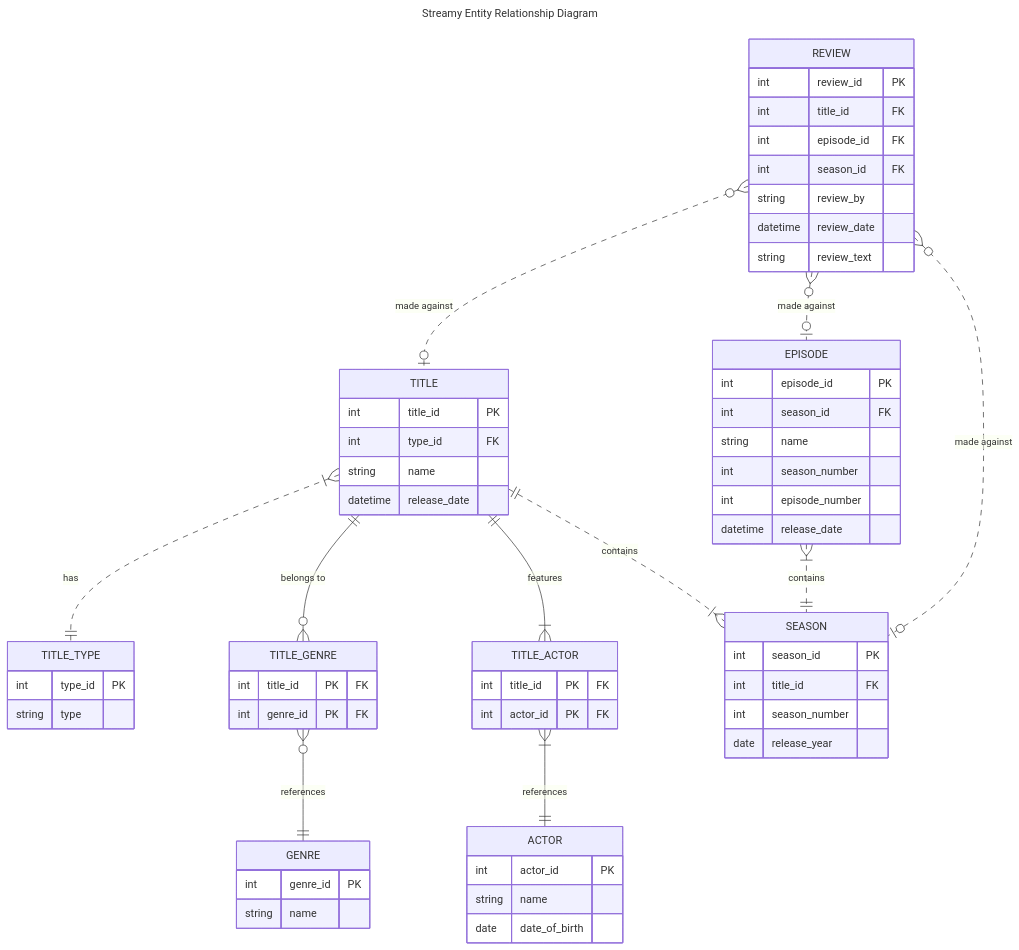
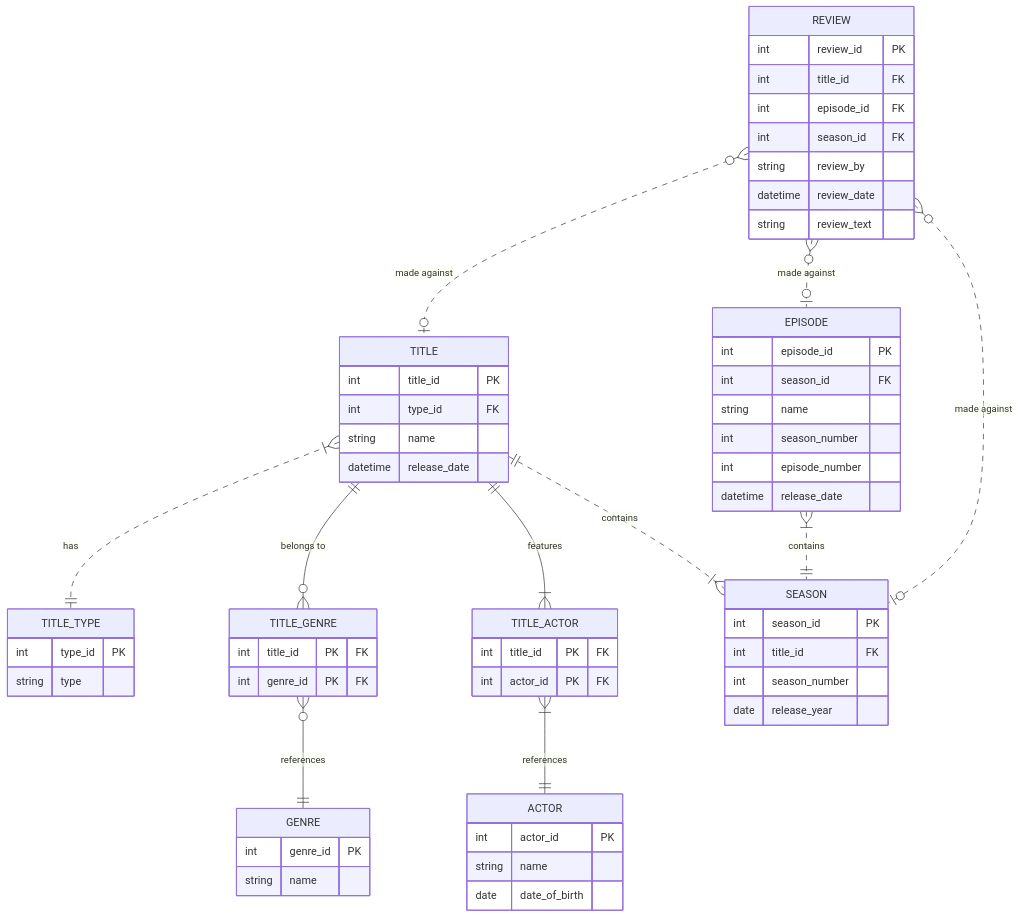
One commit to qwertyuiopczz2021-byte/Streamy-Software-Technology changed the second of 2 diagrams in domain_model.md. Above: the diagram before and after it, drawn with Mermaid. The commit also changed other lines of this file, not shown here.

Commit message:
fix: render class and erd diagrams in github preview

````diff
--- a/domain_model.md
+++ b/domain_model.md
@@ -38,66 +32,63 @@
 ```mermaid
----
-title: Streamy Entity Relationship Diagram
----
 erDiagram
 TITLE {
     int title_id PK
     int type_id FK
     string name
     datetime release_date
 }
 TITLE_TYPE {
     int type_id PK
     string type
 }
 ACTOR {
     int actor_id PK
     string name
     date date_of_birth
 }
 TITLE_ACTOR {
     int title_id PK "FK"
     int actor_id PK "FK"
 }
 GENRE {
     int genre_id PK
     string name
 }
 TITLE_GENRE {
     int title_id PK "FK"
     int genre_id PK "FK"
 }
 EPISODE {
     int episode_id PK
     int season_id FK
     string name
     int season_number
     int episode_number
     datetime release_date
 }
 SEASON {
     int season_id PK
     int title_id FK
     int season_number
     date release_year
 }
 REVIEW {
     int review_id PK
     int title_id FK
     int episode_id FK
     int season_id FK
     string review_by
     datetime review_date
     string review_text
 }
 TITLE }|..|| TITLE_TYPE: has
 TITLE ||--o{ TITLE_GENRE: "belongs to"
 TITLE ||--|{ TITLE_ACTOR: features
 TITLE ||..|{ SEASON: contains
 TITLE_GENRE }o--|| GENRE: references
 TITLE_ACTOR }|--|| ACTOR: references
 EPISODE }|..|| SEASON: contains
 REVIEW }o..o| TITLE: "made against"
 REVIEW }o..o| EPISODE: "made against"
 REVIEW }o..o| SEASON: "made against"
 ```
````
